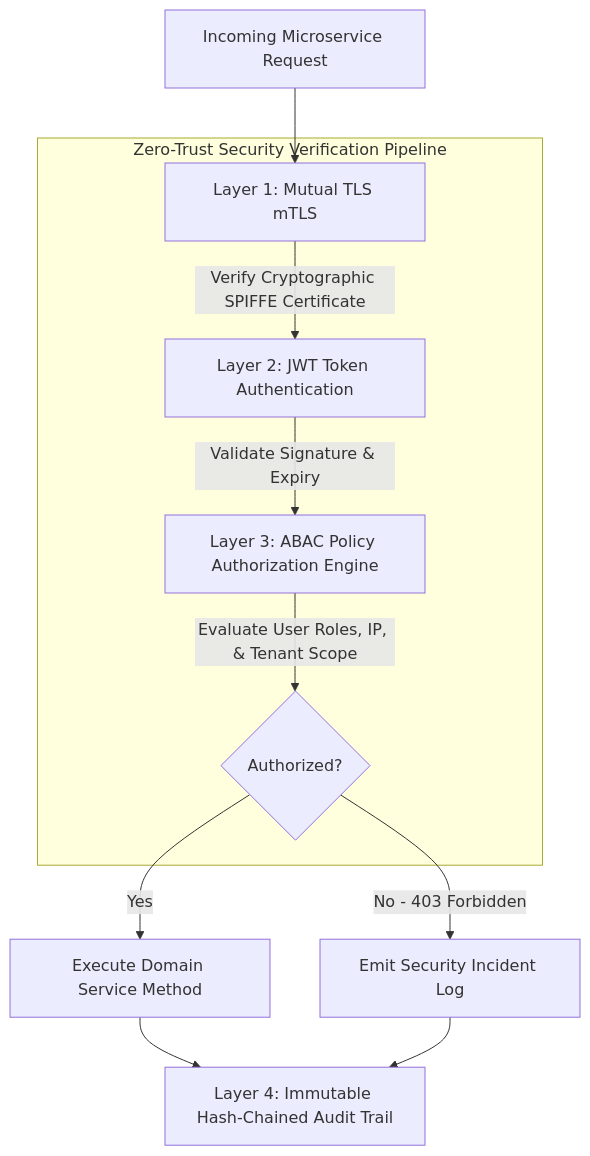
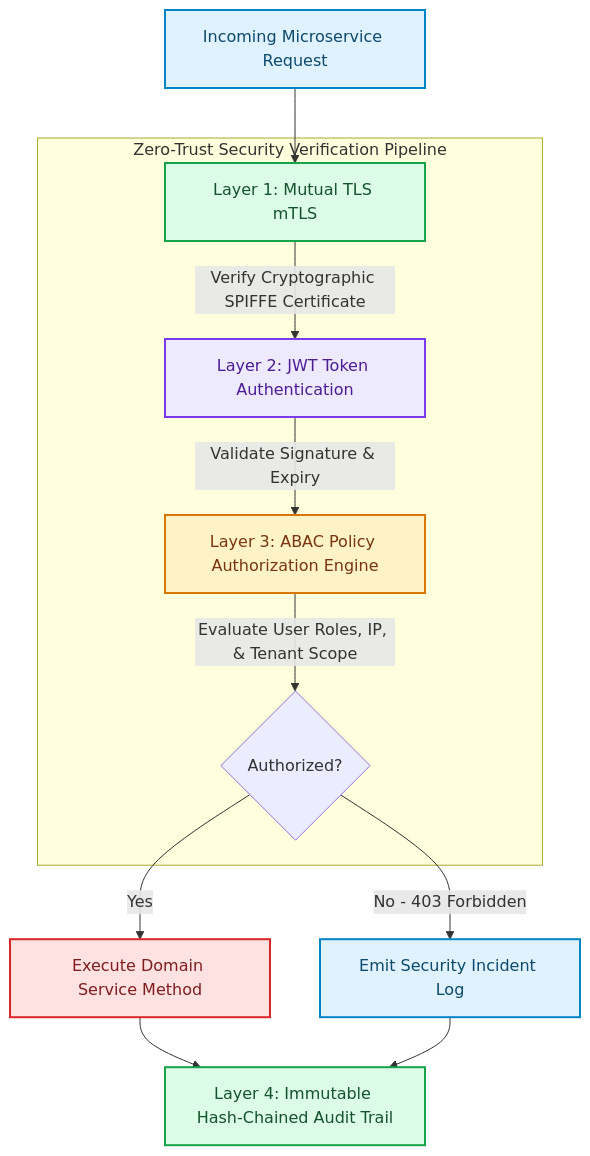
The diagram in blog/posts/zero-trust-authentication-authorization-audit-trails.md (akmalkhaniub/akmalkhaniub.github.io), drawn with Mermaid before and after one commit. The commit also changed other lines of this file and 1291 other files, not shown here.

First line of the commit message:
feat(catalog): unique covers, scholarly references, and diagram palettes

````diff
--- a/blog/posts/zero-trust-authentication-authorization-audit-trails.md
+++ b/blog/posts/zero-trust-authentication-authorization-audit-trails.md
@@ -17,16 +17,27 @@
 ```mermaid
 flowchart TD
-  A[Incoming Microservice Request] --> B[Layer 1: Mutual TLS mTLS]
+  A["Incoming Microservice Request"] --> B["Layer 1: Mutual TLS mTLS"]
   
   subgraph SG1_ZeroTrustSecurity ["Zero-Trust Security Verification Pipeline"]
-    B -->|Verify Cryptographic SPIFFE Certificate| C[Layer 2: JWT Token Authentication]
-    C -->|Validate Signature & Expiry| D[Layer 3: ABAC Policy Authorization Engine]
+    B -->|Verify Cryptographic SPIFFE Certificate| C["Layer 2: JWT Token Authentication"]
+    C -->|Validate Signature & Expiry| D["Layer 3: ABAC Policy Authorization Engine"]
     D -->|Evaluate User Roles, IP, & Tenant Scope| E{Authorized?}
   end
   
-  E -->|Yes| F[Execute Domain Service Method]
-  E -->|No - 403 Forbidden| G[Emit Security Incident Log]
+  E -->|Yes| F["Execute Domain Service Method"]
+  E -->|No - 403 Forbidden| G["Emit Security Incident Log"]
   
-  F --> H[Layer 4: Immutable Hash-Chained Audit Trail]
+  F --> H["Layer 4: Immutable Hash-Chained Audit Trail"]
   G --> H
+
+classDef green fill:#dcfce7,stroke:#16a34a,stroke-width:2px,color:#14532d;
+classDef red fill:#fee2e2,stroke:#dc2626,stroke-width:2px,color:#7f1d1d;
+classDef blue fill:#e0f2fe,stroke:#0284c7,stroke-width:2px,color:#0c4a6e;
+classDef yellow fill:#fef3c7,stroke:#d97706,stroke-width:2px,color:#78350f;
+classDef purple fill:#ede9fe,stroke:#7c3aed,stroke-width:2px,color:#4c1d95;
+class A,G blue
+class B,H green
+class C purple
+class D yellow
+class F red
 ```
````
